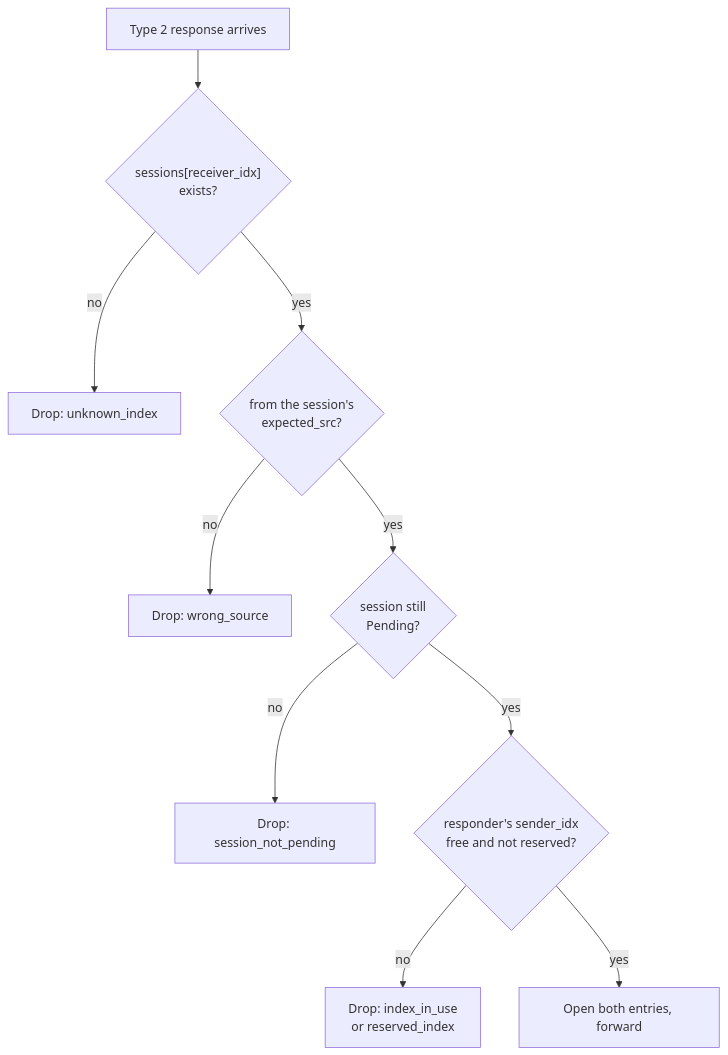
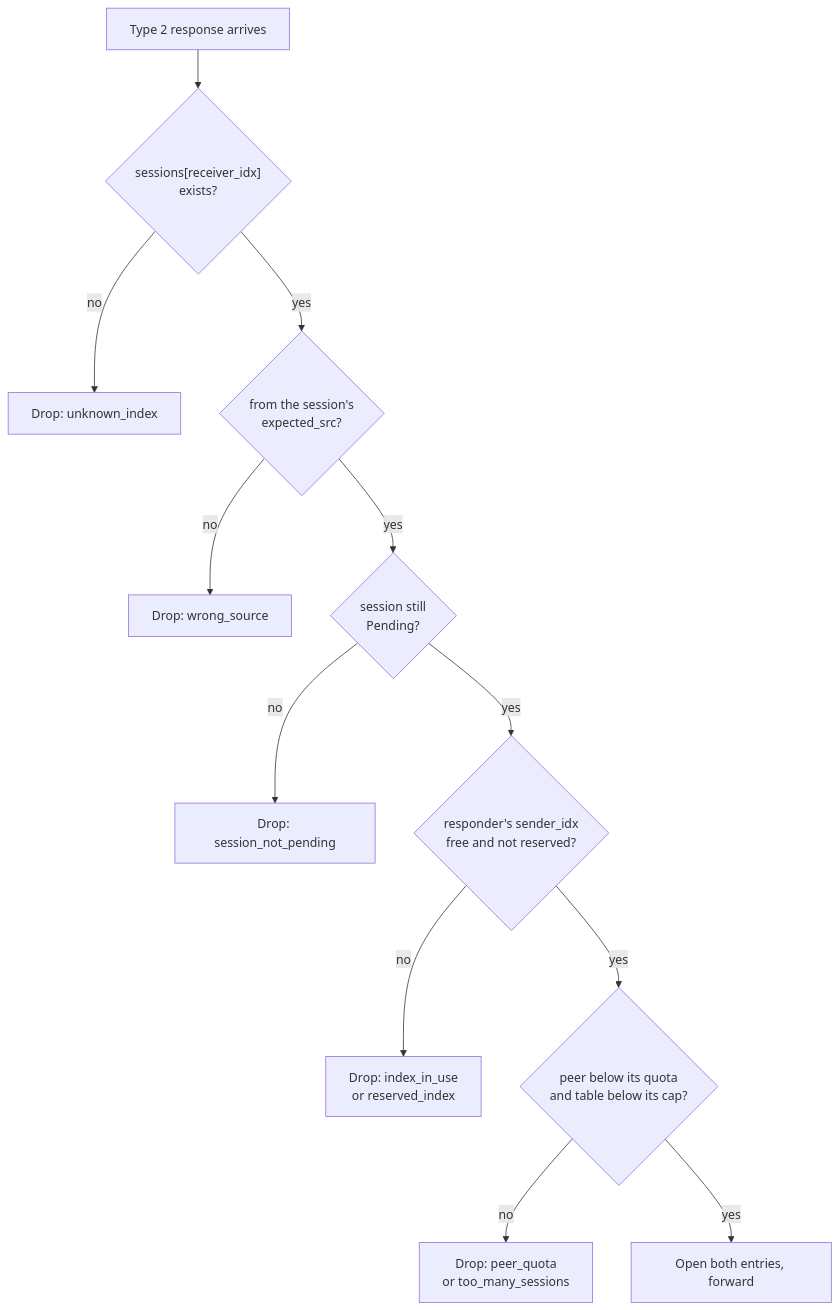
One commit to 3alpha/wg-relay changed diagram 13 of 22 in docs/how-it-works.md. Above: the diagram before and after it, drawn with Mermaid. The commit also changed other lines of this file and 11 other files, not shown here.

First line of the commit message:
fix(relay): cap sessions, fix their lifetimes and drop unusable sources

````diff
--- a/docs/how-it-works.md
+++ b/docs/how-it-works.md
@@ -433,12 +442,14 @@
 ```mermaid
 flowchart TD
     A["Type 2 response arrives"] --> B{"sessions[receiver_idx]<br/>exists?"}
     B -- no --> X1["Drop: unknown_index"]
     B -- yes --> C{"from the session's<br/>expected_src?"}
     C -- no --> X2["Drop: wrong_source"]
     C -- yes --> P{"session still<br/>Pending?"}
     P -- no --> X3["Drop: session_not_pending"]
     P -- yes --> I{"responder's sender_idx<br/>free and not reserved?"}
     I -- no --> X4["Drop: index_in_use<br/>or reserved_index"]
-    I -- yes --> OK["Open both entries, forward"]
+    I -- yes --> Q{"peer below its quota<br/>and table below its cap?"}
+    Q -- no --> X5["Drop: peer_quota<br/>or too_many_sessions"]
+    Q -- yes --> OK["Open both entries, forward"]
 ```
````
